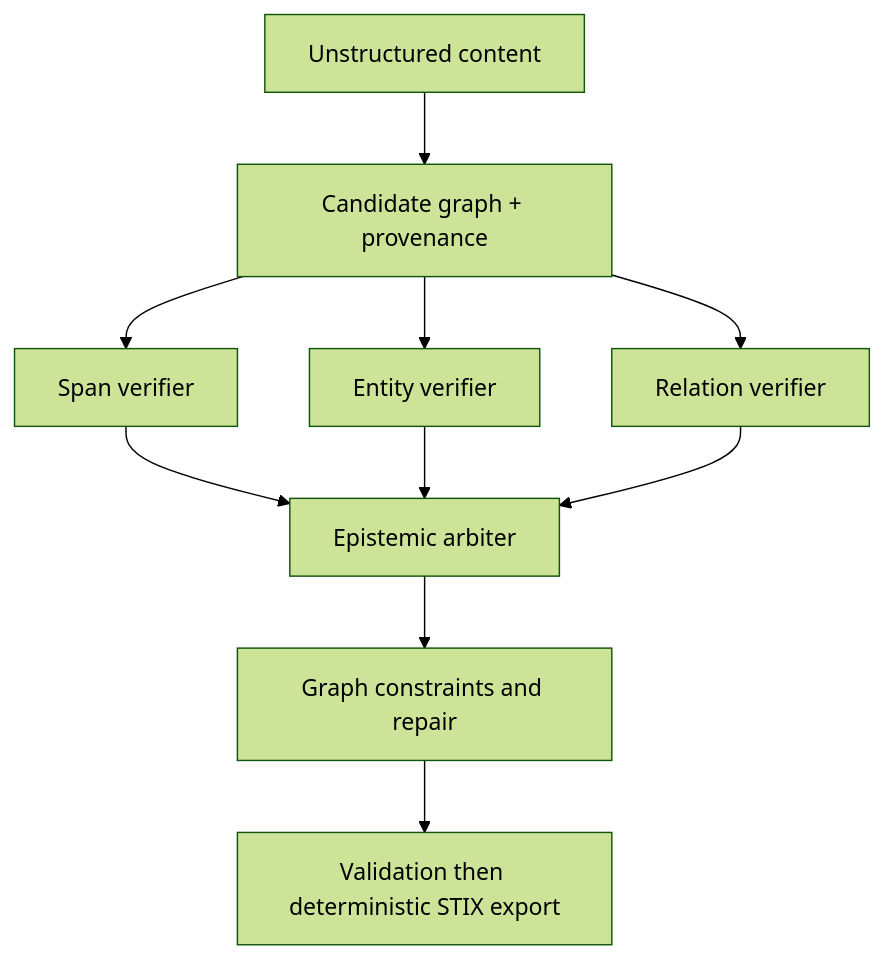
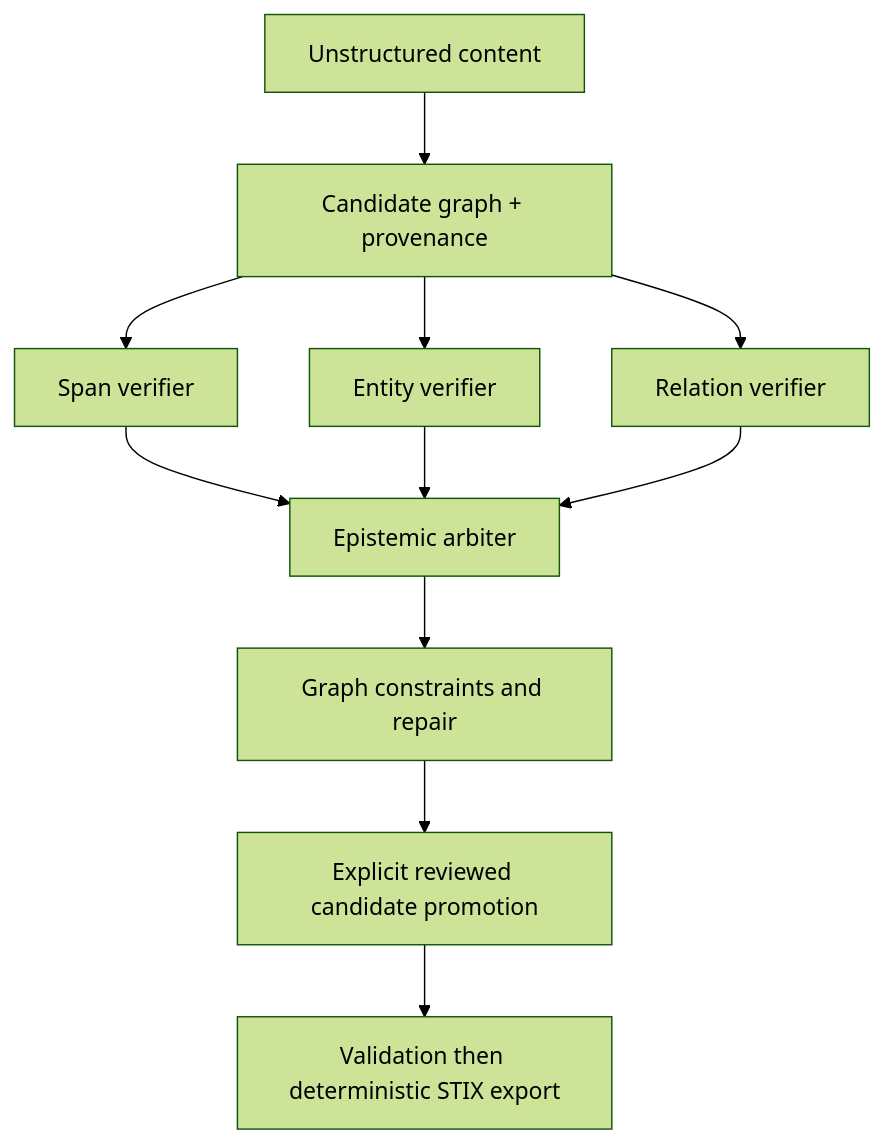
The diagram in plugins/corrobore/skills/corrobore/references/evidence-first-validation.md (Estance-Labs/corrobore), drawn with Mermaid (forest theme) before and after one commit. The commit also changed other lines of this file and 18 other files, not shown here.

````diff
--- a/plugins/corrobore/skills/corrobore/references/evidence-first-validation.md
+++ b/plugins/corrobore/skills/corrobore/references/evidence-first-validation.md
@@ -20,12 +22,13 @@
 ```mermaid
 flowchart TD
     A["Unstructured content"] --> B["Candidate graph + provenance"]
     B --> C["Span verifier"]
     B --> D["Entity verifier"]
     B --> E["Relation verifier"]
     C --> F["Epistemic arbiter"]
     D --> F
     E --> F
     F --> G["Graph constraints and repair"]
-    G --> H["Validation then deterministic STIX export"]
+    G --> P["Explicit reviewed candidate promotion"]
+    P --> H["Validation then deterministic STIX export"]
 ```
````
